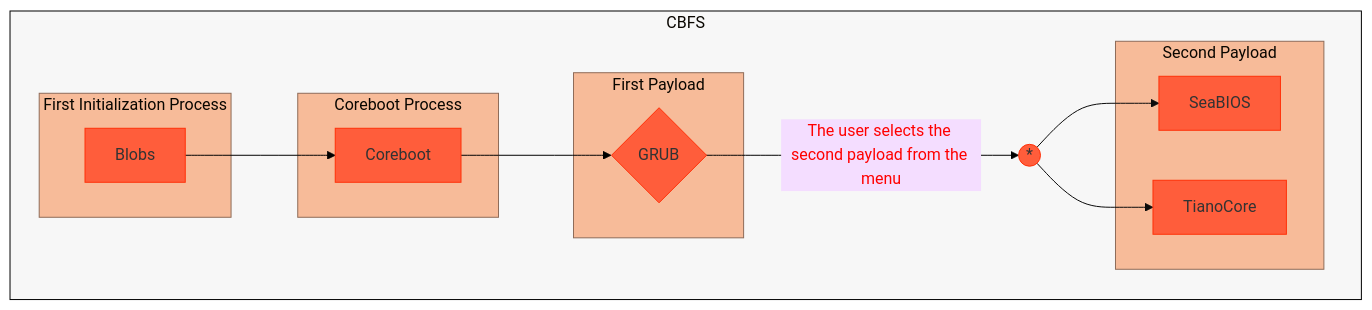
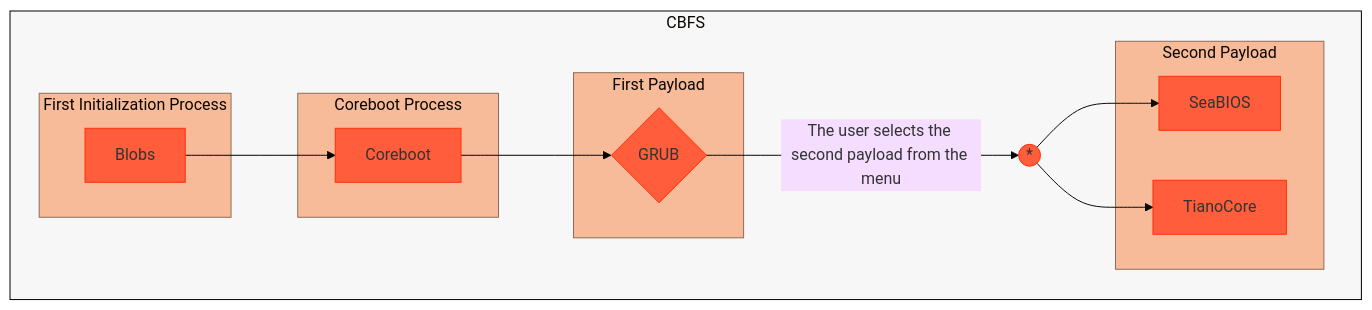
One commit to Ch3ckm4t3C1ph3r/Lenovo-Ideapad-320-14ISK-_Coreboot-Adaptation_ changed the diagram in README.md. Above: the diagram before and after it, drawn with Mermaid.

Commit message:
Fix edgeStyle color property syntax in README

````diff
--- a/README.md
+++ b/README.md
@@ -104,44 +104,44 @@
 ```mermaid
 ---
 config:
   theme: 'base'
 ---
 flowchart LR;
     %% Definition of style (and class of style) of each element by id (or by class name)
     style cbfs fill:#f7f7f7,stroke:#000000,stroke-width:1px;
     classDef sbgStyle fill:#F7BB99,stroke:#8F6C59,stroke-width:1px
     classDef nodeStyle fill:#FF5D3B,stroke:#FF3008,stroke-width:1px
-    classDef edgeStyle fill:#000000,stroke:#000000,stroke-width:1px,color:#ff0000
+    classDef edgeStyle fill:#000000,stroke:#000000,stroke-width:1px,color-scheme:#ff0000
     
     subgraph cbfs[CBFS]
         direction LR
 
         %% Not publicly documented boot process
         subgraph sbg1[First Initialization Process]
         n1[Blobs]
         end
 
         n1[Blobs] e1@--> n2[Coreboot]
 
         subgraph sbg2[Coreboot Process]
         n2[Coreboot]
         end
     
         n2[Coreboot] e2@--> p1{GRUB}
     
         subgraph sbg3[First Payload]
         p1{GRUB}
         end
         
         p1{GRUB} e3@--The user selects the second payload from the menu--> UNION((*)) e4@--> p2_1[SeaBIOS] & p2_2[TianoCore]
     
         subgraph sbg4[Second Payload]
         p2_1[SeaBIOS] & p2_2[TianoCore]
         end
     end
 
     %% Defining the members of each class
     class sbg1,sbg2,sbg3,sbg4 sbgStyle
     class n1,n2,p1,p2_1,p2_2,UNION nodeStyle
     class e1,e2,e3 edgeStyle
 ```
````
